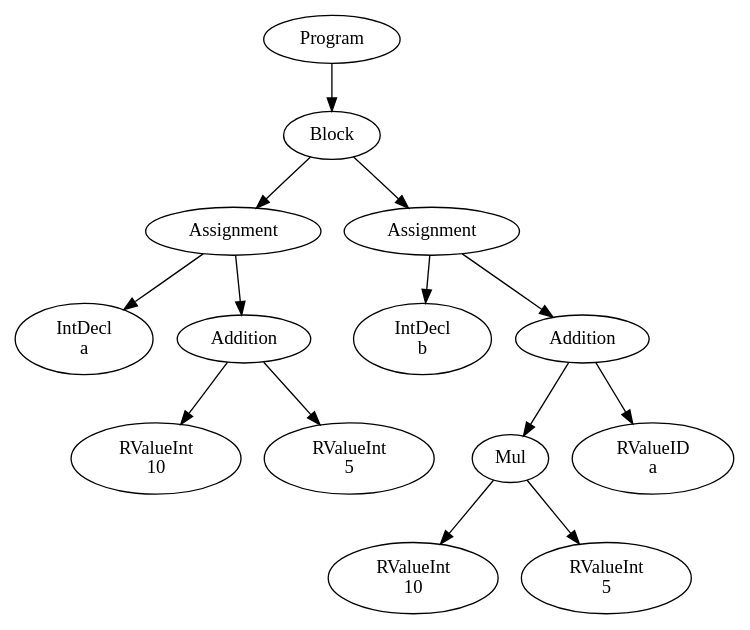
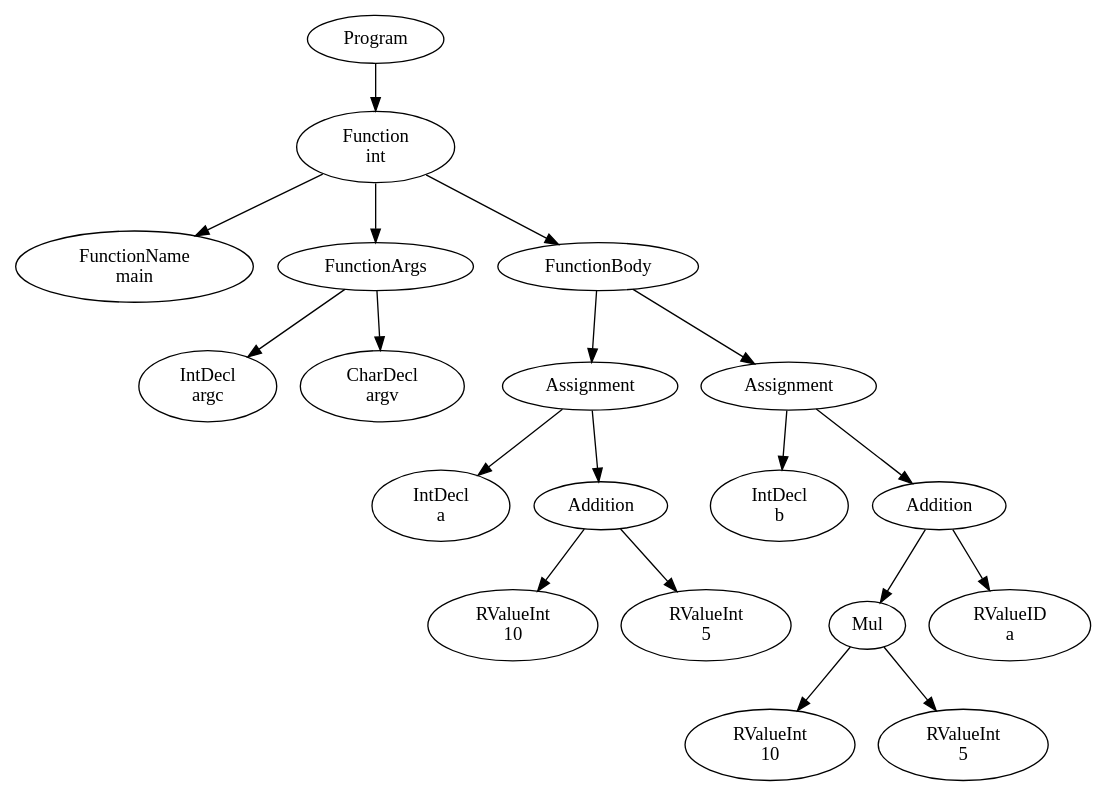
One commit to FedericoQuin/Compilers changed the diagram in official/res/solutions/assignments1bis.dot. Above: the diagram before and after it, drawn with Graphviz. The commit also changed 24 other files, not shown here.

```diff
--- a/official/res/solutions/assignments1bis.dot
+++ b/official/res/solutions/assignments1bis.dot
@@ -1,29 +1,39 @@
 digraph AST {
-0 [label="Program"];
-1 [label="Block"];
-2 [label="Assignment"];
-3 [label="IntDecl \na"];
-4 [label="Addition"];
-5 [label="RValueInt \n10"];
-6 [label="RValueInt \n5"];
+1 [label="Program"];
+2 [label="Function \nint"];
+3 [label="FunctionName \nmain"];
+4 [label="FunctionArgs"];
+5 [label="IntDecl \nargc"];
+6 [label="CharDecl \nargv"];
 4 -> 5;
 4 -> 6;
-2 -> 3;
-2 -> 4;
-7 [label="Assignment"];
-8 [label="IntDecl \nb"];
-9 [label="Addition"];
-10 [label="Mul"];
+7 [label="FunctionBody"];
+8 [label="Assignment"];
+9 [label="IntDecl \na"];
+10 [label="Addition"];
 11 [label="RValueInt \n10"];
 12 [label="RValueInt \n5"];
 10 -> 11;
 10 -> 12;
-13 [label="RValueID \na"];
-9 -> 10;
-9 -> 13;
+8 -> 9;
+8 -> 10;
+13 [label="Assignment"];
+14 [label="IntDecl \nb"];
+15 [label="Addition"];
+16 [label="Mul"];
+17 [label="RValueInt \n10"];
+18 [label="RValueInt \n5"];
+16 -> 17;
+16 -> 18;
+19 [label="RValueID \na"];
+15 -> 16;
+15 -> 19;
+13 -> 14;
+13 -> 15;
 7 -> 8;
-7 -> 9;
+7 -> 13;
+2 -> 3;
+2 -> 4;
+2 -> 7;
 1 -> 2;
-1 -> 7;
-0 -> 1;
 }
```
